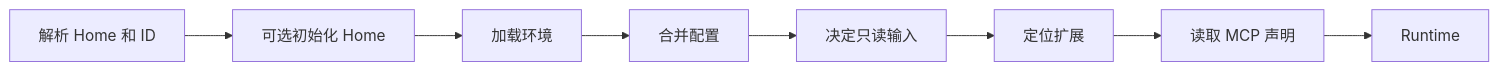
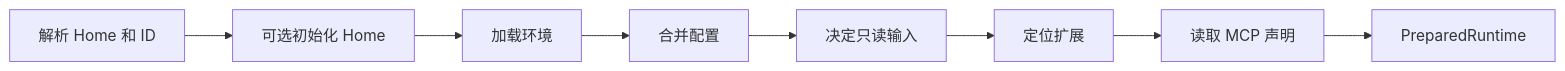
The diagram in runtime/agentkit/docs/architecture/bootstrap.md (datagallery-ai/dataagent), drawn with Mermaid before and after one commit. The commit also changed other lines of this file and 213 other files, not shown here.

````diff
--- a/runtime/agentkit/docs/architecture/bootstrap.md
+++ b/runtime/agentkit/docs/architecture/bootstrap.md
@@ -5,10 +5,10 @@
 ```mermaid
 flowchart LR
   A[解析 Home 和 ID] --> B[可选初始化 Home]
   B --> C[加载环境]
   C --> D[合并配置]
   D --> E[决定只读输入]
   E --> F[定位扩展]
   F --> G[读取 MCP 声明]
-  G --> H[Runtime]
+  G --> H[PreparedRuntime]
 ```
````
